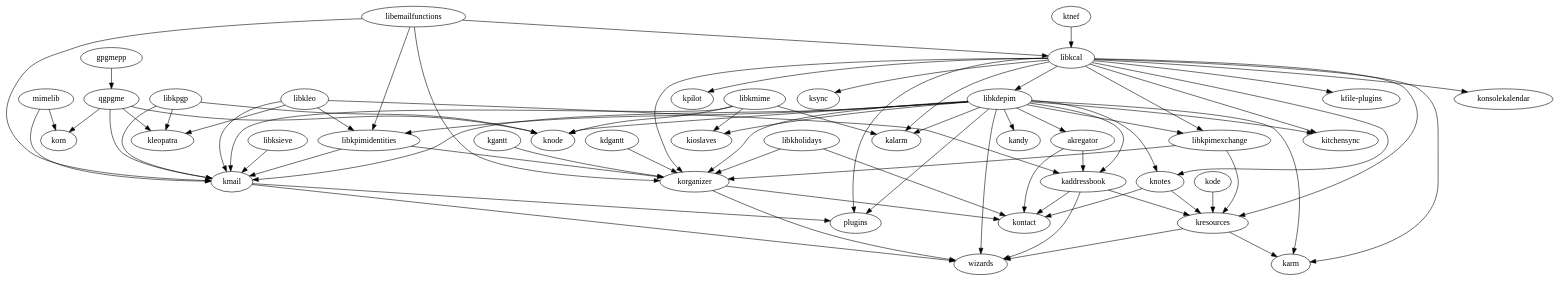
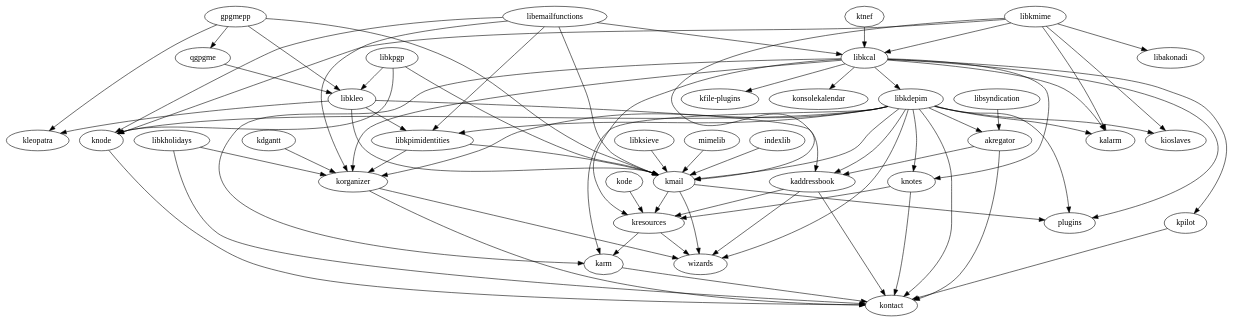
Before and after one commit to chusopr/kdepim-ktimetracker-akonadi: the diagram in dependency-graph.dot, drawn with Graphviz. The commit also changed 2 other files, not shown here.

Commit message:
Update API docs main page and dependency graph (looks even worse than before).
svn path=/trunk/KDE/kdepim/; revision=531199

```diff
--- a/dependency-graph.dot
+++ b/dependency-graph.dot
@@ -1,77 +1,77 @@
 # to create a ps file use 'dot -Tps -o dependency-graph.ps dependency-graph.dot' (dot it part of the graphviz package)
 digraph "inter-dependency graph for kdepim" {
         "akregator" -> "kaddressbook";
         "akregator" -> "kontact";
         "libkleo" -> "kleopatra";
         "libkleo" -> "kaddressbook";
         "libkleo" -> "kmail";
         "libkleo" -> "libkpimidentities";
         "kaddressbook" -> "kontact";
         "kaddressbook" -> "kresources";
         "kaddressbook" -> "wizards";
         "kdgantt" -> "korganizer";
-        "kgantt" -> "korganizer";
+        "kmail" -> "kresources";
         "kmail" -> "plugins";
         "kmail" -> "wizards";
         "knotes" -> "kontact";
         "knotes" -> "kresources";
         "kode" -> "kresources";
         "korganizer" -> "kontact";
         "korganizer" -> "wizards";
         "kresources" -> "karm";
         "kresources" -> "wizards";
         "ktnef" -> "libkcal";
         "libemailfunctions" -> "kmail";
+        "libemailfunctions" -> "knode";
         "libemailfunctions" -> "korganizer";
         "libemailfunctions" -> "libkcal";
         "libemailfunctions" -> "libkpimidentities";
         "libkcal" -> "kalarm";
         "libkcal" -> "karm";
         "libkcal" -> "kfile-plugins";
-        "libkcal" -> "kitchensync";
         "libkcal" -> "knotes";
         "libkcal" -> "konsolekalendar";
         "libkcal" -> "korganizer";
         "libkcal" -> "kpilot";
         "libkcal" -> "kresources";
-        "libkcal" -> "ksync";
         "libkcal" -> "libkdepim";
-        "libkcal" -> "libkpimexchange";
         "libkcal" -> "plugins";
-        "qgpgme" -> "kleopatra";
-        "qgpgme" -> "kmail";
-        "qgpgme" -> "knode";
-        "qgpgme" -> "korn";
+        "qgpgme" -> "libkleo";
+        "gpgmepp" -> "kmail";
+        "gpgmepp" -> "kleopatra";
+        "gpgmepp" -> "libkleo";
         "gpgmepp" -> "qgpgme";
         "libkdepim" -> "akregator";
         "libkdepim" -> "kaddressbook";
         "libkdepim" -> "kalarm";
-        "libkdepim" -> "kandy";
         "libkdepim" -> "karm";
         "libkdepim" -> "kioslaves";
-        "libkdepim" -> "kitchensync";
         "libkdepim" -> "kmail";
         "libkdepim" -> "knode";
         "libkdepim" -> "knotes";
+        "libkdepim" -> "kontact";
         "libkdepim" -> "korganizer";
-        "libkdepim" -> "libkpimexchange";
         "libkdepim" -> "libkpimidentities";
         "libkdepim" -> "plugins";
         "libkdepim" -> "wizards";
         "libkholidays" -> "kontact";
         "libkholidays" -> "korganizer";
         "libkmime" -> "kalarm";
         "libkmime" -> "kioslaves";
         "libkmime" -> "kmail";
         "libkmime" -> "knode";
-        "libkpgp" -> "kleopatra";
+        "libkmime" -> "libakonadi";
+        "libkmime" -> "libkcal";
         "libkpgp" -> "kmail";
         "libkpgp" -> "knode";
-        "libkpimexchange" -> "korganizer";
-        "libkpimexchange" -> "kresources";
+        "libkpgp" -> "libkleo";
         "libkpimidentities" -> "kmail";
         "libkpimidentities" -> "korganizer";
         "libksieve" -> "kmail";
         "mimelib" -> "kmail";
-        "mimelib" -> "korn";
+        "indexlib" -> "kmail";
+        "karm" -> "kontact";
+        "knode" -> "kontact";
+        "libsyndication" -> "akregator";
+        "kpilot" -> "kontact";
 }
```
